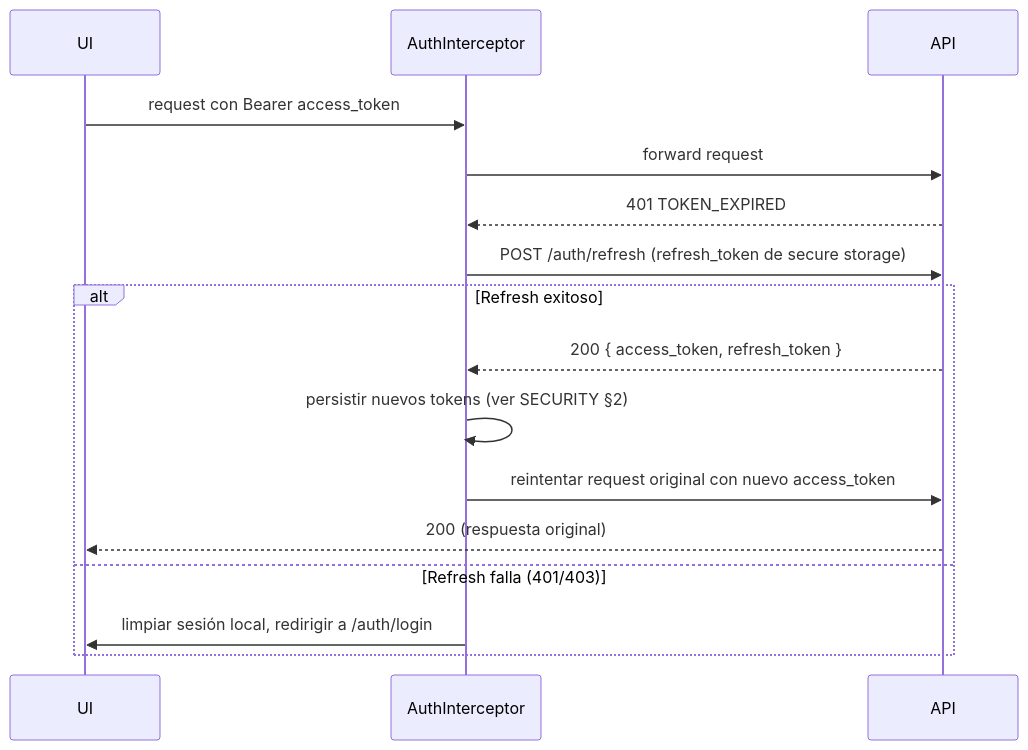
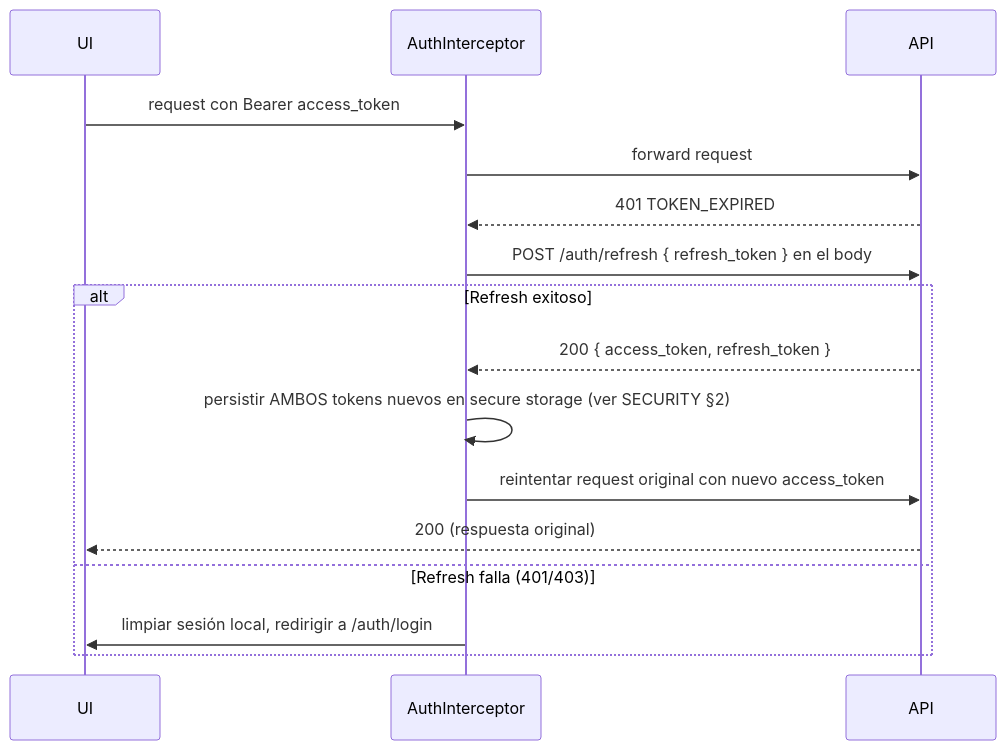
One commit to urbaniadev01/UrbaniaDocs changed the diagram in 03-app/APP_API_INTEGRATION.md. Above: the diagram before and after it, drawn with Mermaid. The commit also changed other lines of this file and 321 other files, not shown here.

````diff
--- a/03-app/APP_API_INTEGRATION.md
+++ b/03-app/APP_API_INTEGRATION.md
@@ -104,19 +105,19 @@
 ```mermaid
 sequenceDiagram
     participant UI
     participant Interceptor as AuthInterceptor
     participant API
 
     UI->>Interceptor: request con Bearer access_token
     Interceptor->>API: forward request
     API-->>Interceptor: 401 TOKEN_EXPIRED
-    Interceptor->>API: POST /auth/refresh (refresh_token de secure storage)
+    Interceptor->>API: POST /auth/refresh { refresh_token } en el body
     alt Refresh exitoso
         API-->>Interceptor: 200 { access_token, refresh_token }
-        Interceptor->>Interceptor: persistir nuevos tokens (ver SECURITY §2)
+        Interceptor->>Interceptor: persistir AMBOS tokens nuevos en secure storage (ver SECURITY §2)
         Interceptor->>API: reintentar request original con nuevo access_token
         API-->>UI: 200 (respuesta original)
     else Refresh falla (401/403)
         Interceptor->>UI: limpiar sesión local, redirigir a /auth/login
     end
 ```
````
